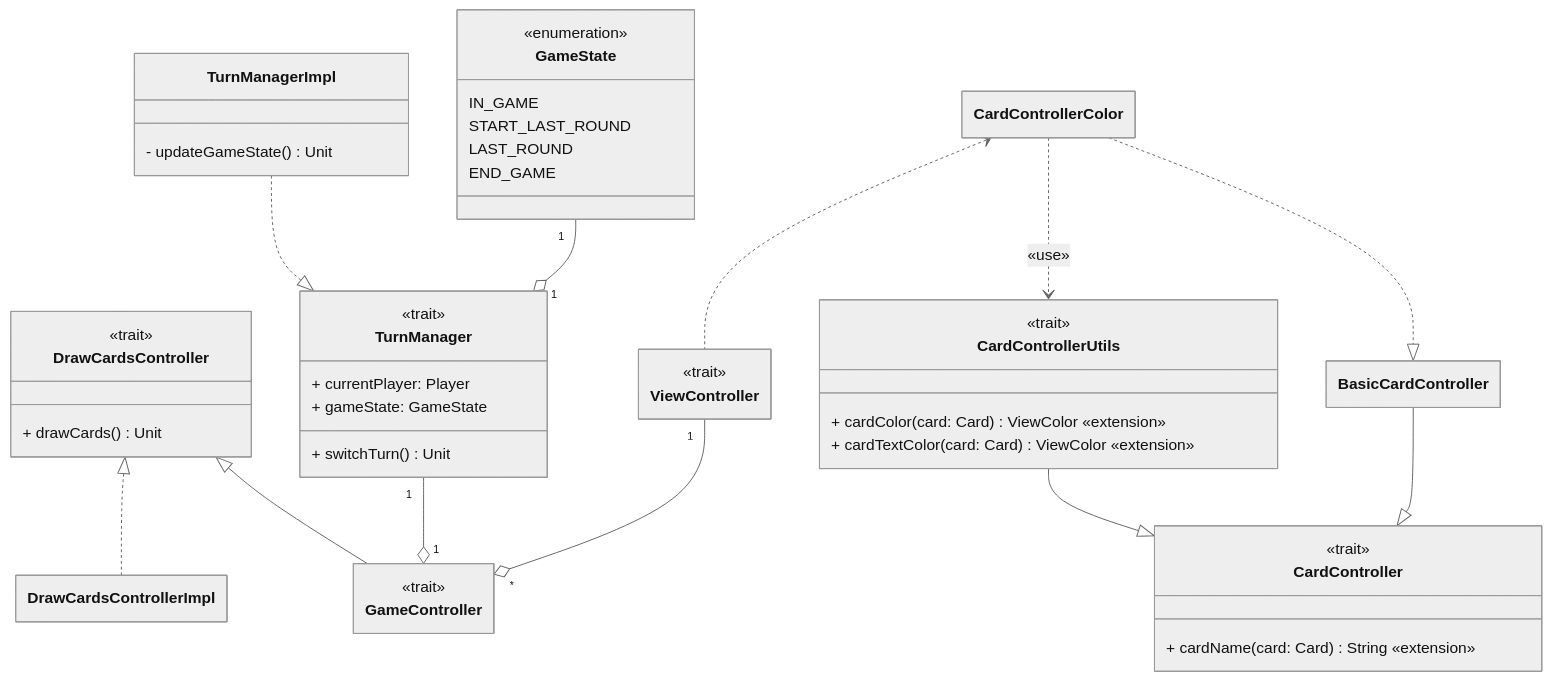
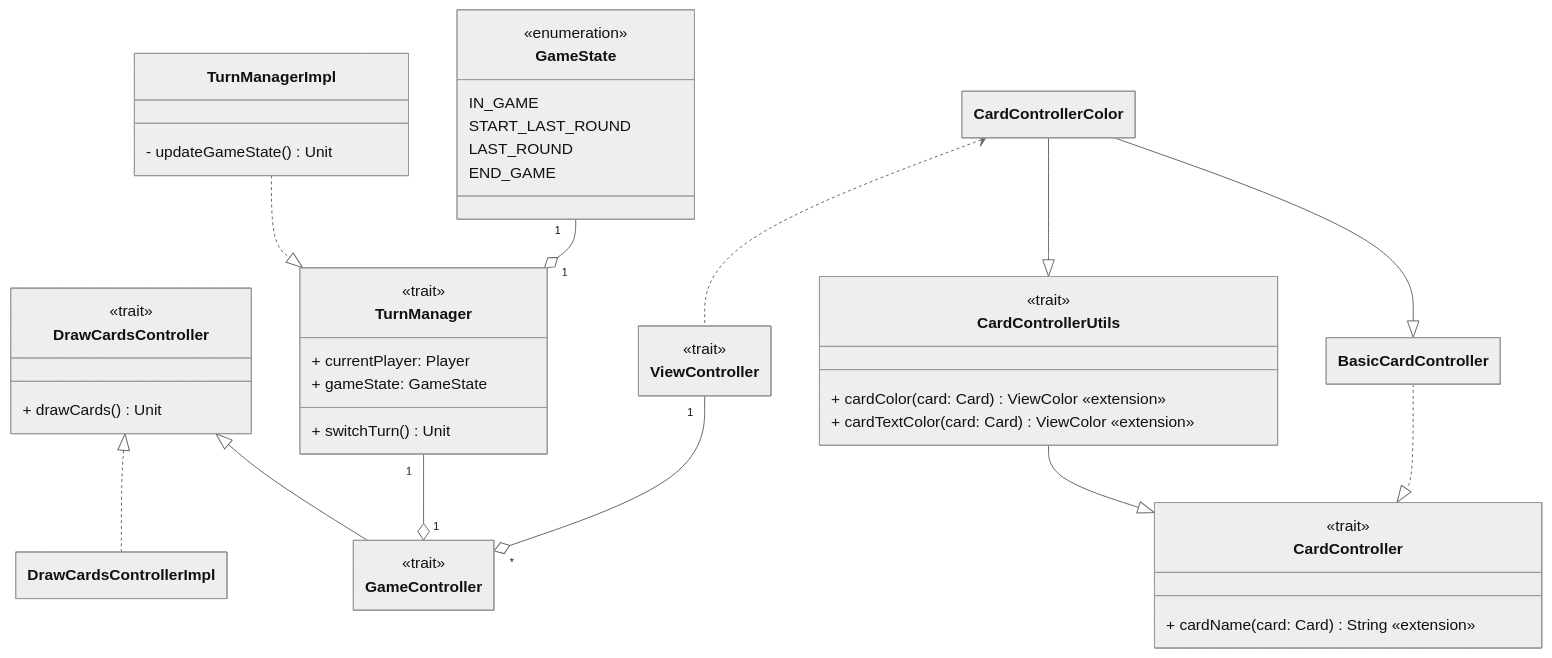
Before and after one commit to FilippoPracucci/PPS-24-ttr-scala: the diagram in docs/report/impl/pracucci/impl_controller.md, drawn with Mermaid (neutral theme). The commit also changed 6 other files, not shown here.

````diff
--- a/docs/report/impl/pracucci/impl_controller.md
+++ b/docs/report/impl/pracucci/impl_controller.md
@@ -11,54 +11,54 @@
 ```mermaid
 ---
 config:
   class:
     hideEmptyMembersBox: true
 ---
 classDiagram
     DrawCardsController <|-- GameController
     ViewController "1" --o "*" GameController
     TurnManager "1" --o "1" GameController
     GameState "1" --o "1" TurnManager
     TurnManagerImpl ..|> TurnManager
     DrawCardsController <|.. DrawCardsControllerImpl
     CardControllerUtils --|> CardController
-    BasicCardController --|> CardController
-    CardControllerColor ..|> BasicCardController
-    CardControllerColor ..> CardControllerUtils: «use»
+    BasicCardController ..|> CardController
+    CardControllerColor --|> BasicCardController
+    CardControllerColor --|> CardControllerUtils
     CardControllerColor <.. ViewController
     class GameController {
         <<trait>>
     }
     class DrawCardsController {
         <<trait>>
         + drawCards() Unit
     }
     class CardController {
         <<trait>>
         + cardName(card: Card) String «extension»
     }
     class CardControllerUtils {
         <<trait>>
         + cardColor(card: Card) ViewColor «extension»
         + cardTextColor(card: Card) ViewColor «extension»
     }
     class ViewController {
         <<trait>>
     }
     class TurnManager {
         <<trait>>
         + currentPlayer: Player
         + switchTurn() Unit
         + gameState: GameState
     }
     class TurnManagerImpl {
         - updateGameState() Unit
     }
     class GameState {
         <<enumeration>>
         IN_GAME
         START_LAST_ROUND
         LAST_ROUND
         END_GAME
     }
 ```
````
